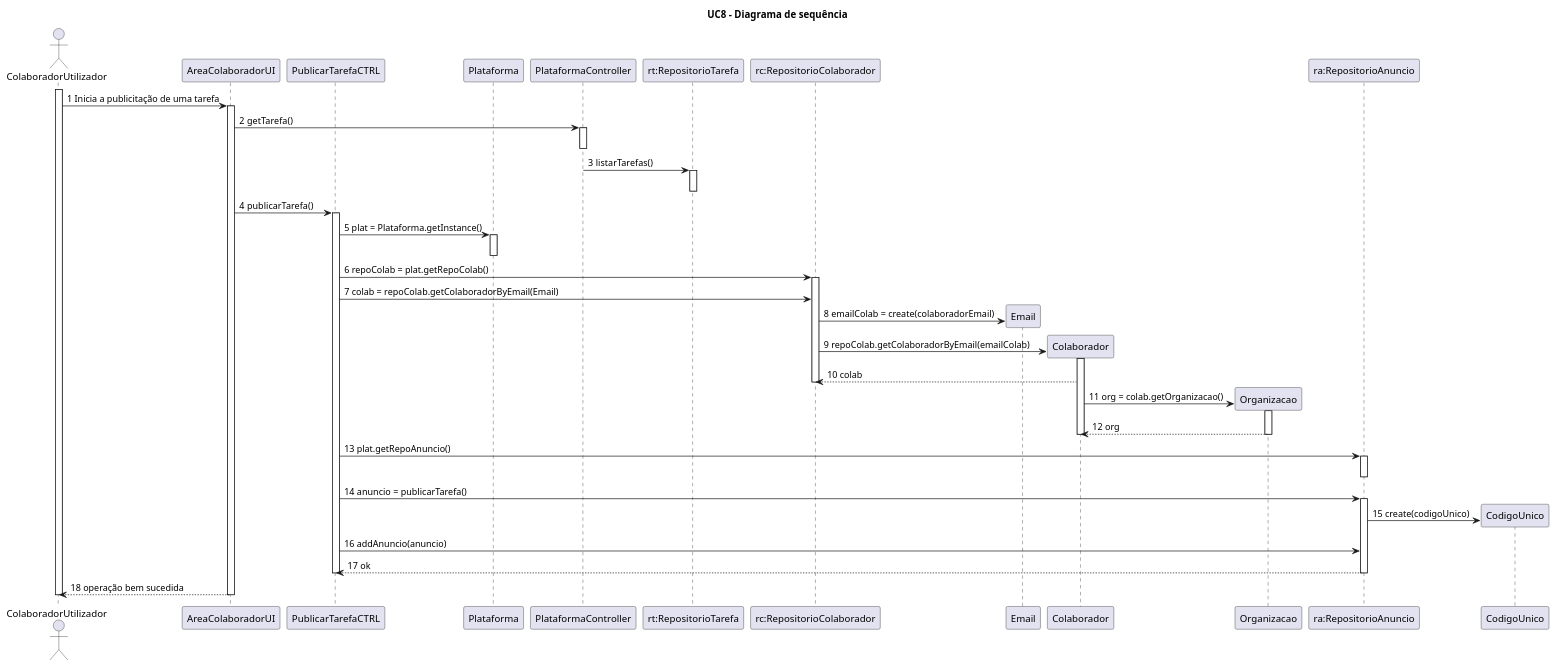
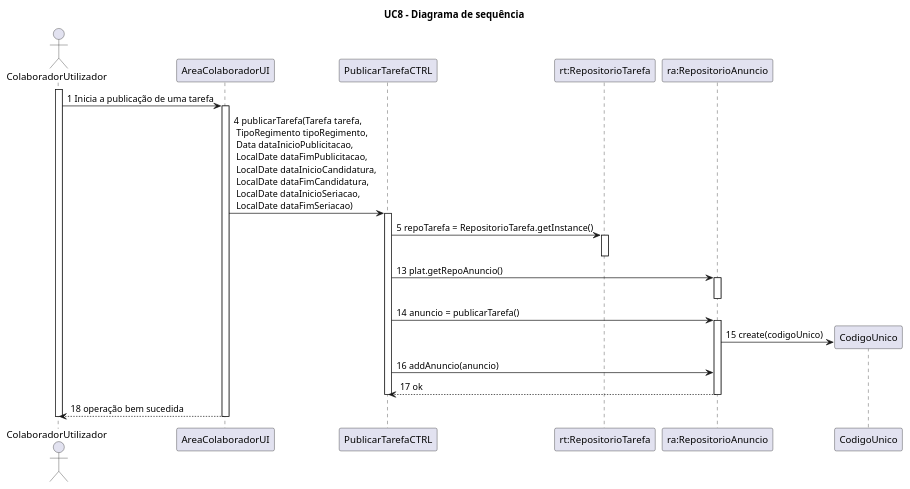
Before and after one commit to pedro-miguez/upskill_java1_labprg_grupo3: the diagram in Análise/UC8_Publicar_Tarefa/UC8_SD/UC8_DS.wsd, drawn with PlantUML.

Commit message:
Update UC8_DS.wsd
update

```diff
--- a/Análise/UC8_Publicar_Tarefa/UC8_SD/UC8_DS.wsd
+++ b/Análise/UC8_Publicar_Tarefa/UC8_SD/UC8_DS.wsd
@@ -1,53 +1,38 @@
 @startuml
 
 title UC8 - Diagrama de sequência
 
 actor ColaboradorUtilizador
 participant AreaColaboradorUI
 participant PublicarTarefaCTRL
-participant Plataforma
+
 
 
 activate ColaboradorUtilizador
-ColaboradorUtilizador -> AreaColaboradorUI: 1 Inicia a publicitação de uma tarefa
+ColaboradorUtilizador -> AreaColaboradorUI: 1 Inicia a publicação de uma tarefa
 activate AreaColaboradorUI
-AreaColaboradorUI -> PlataformaController: 2 getTarefa()
-activate PlataformaController
-deactivate PlataformaController
-PlataformaController -> "rt:RepositorioTarefa" : 3 listarTarefas()
+
+AreaColaboradorUI -> PublicarTarefaCTRL: 4 publicarTarefa(Tarefa tarefa,\n TipoRegimento tipoRegimento,\n Data dataInicioPublicitacao,\n LocalDate dataFimPublicitacao,\n LocalDate dataInicioCandidatura,\n LocalDate dataFimCandidatura,\n LocalDate dataInicioSeriacao,\n LocalDate dataFimSeriacao)
+activate PublicarTarefaCTRL
+PublicarTarefaCTRL -> "rt:RepositorioTarefa" : 5 repoTarefa = RepositorioTarefa.getInstance()
 activate "rt:RepositorioTarefa"
 deactivate "rt:RepositorioTarefa"
-AreaColaboradorUI -> PublicarTarefaCTRL: 4 publicarTarefa()
-activate PublicarTarefaCTRL
-PublicarTarefaCTRL -> Plataforma: 5 plat = Plataforma.getInstance()
-activate Plataforma
-deactivate Plataforma
-PublicarTarefaCTRL -> "rc:RepositorioColaborador" : 6 repoColab = plat.getRepoColab()
-activate "rc:RepositorioColaborador"
-PublicarTarefaCTRL -> "rc:RepositorioColaborador" : 7 colab = repoColab.getColaboradorByEmail(Email)
-"rc:RepositorioColaborador" -> Email ** : 8 emailColab = create(colaboradorEmail)
-"rc:RepositorioColaborador" -> Colaborador ** : 9 repoColab.getColaboradorByEmail(emailColab)
-activate Colaborador
-Colaborador --> "rc:RepositorioColaborador" : 10 colab
-deactivate "rc:RepositorioColaborador"
-Colaborador -> Organizacao ** : 11 org = colab.getOrganizacao()
-activate Organizacao
-Organizacao --> Colaborador : 12 org
-deactivate Organizacao
-deactivate Colaborador
+
+
+
 PublicarTarefaCTRL -> "ra:RepositorioAnuncio" : 13 plat.getRepoAnuncio()
 activate "ra:RepositorioAnuncio"
 deactivate "ra:RepositorioAnuncio"
 PublicarTarefaCTRL -> "ra:RepositorioAnuncio" : 14 anuncio = publicarTarefa()
 activate "ra:RepositorioAnuncio"
 "ra:RepositorioAnuncio" -> CodigoUnico** : 15 create(codigoUnico)
 PublicarTarefaCTRL -> "ra:RepositorioAnuncio" : 16 addAnuncio(anuncio)
 "ra:RepositorioAnuncio" --> PublicarTarefaCTRL : 17 ok
 deactivate "ra:RepositorioAnuncio"
 deactivate PublicarTarefaCTRL
 AreaColaboradorUI --> ColaboradorUtilizador : 18 operação bem sucedida
 deactivate AreaColaboradorUI
 deactivate ColaboradorUtilizador
 
 
 @enduml
```
